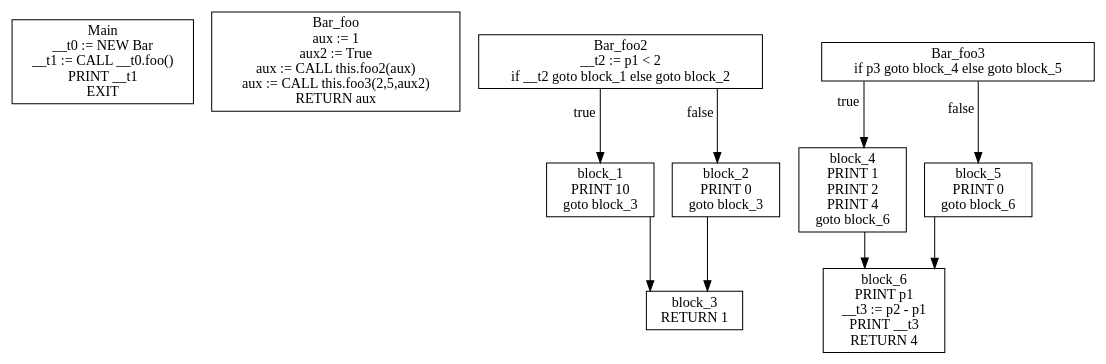
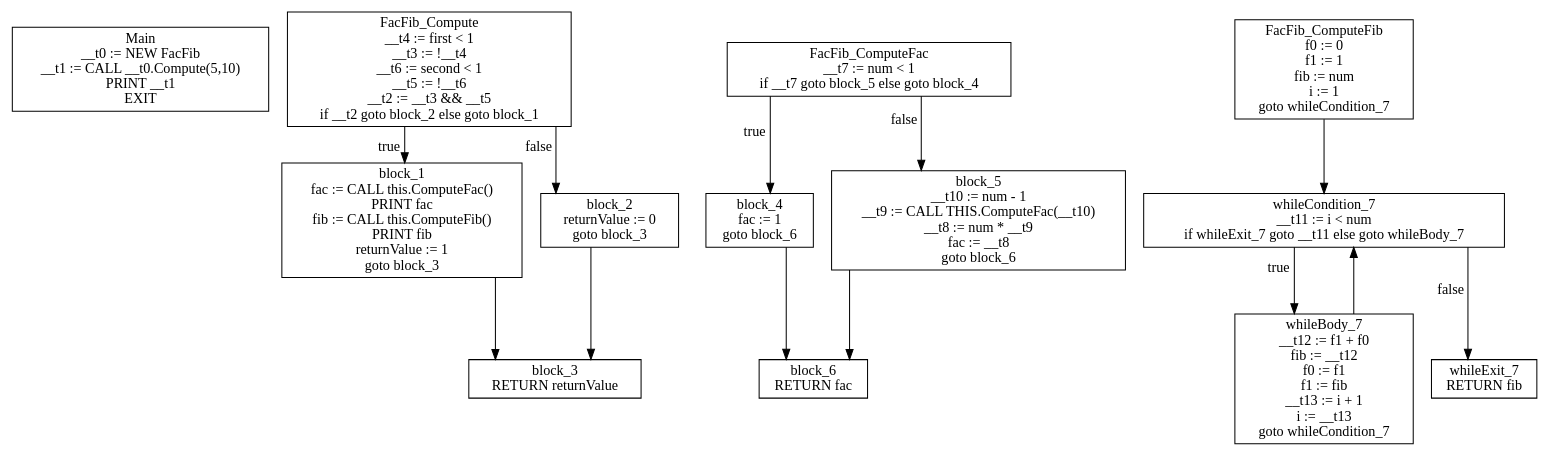
Before and after one commit to KarmaSora/Compiler: the diagram in gettingStarted/cfg.dot, drawn with Graphviz. The commit also changed 7 other files, not shown here.

```diff
--- a/gettingStarted/cfg.dot
+++ b/gettingStarted/cfg.dot
@@ -1,22 +1,29 @@
 digraph CFG {
 graph [splines=ortho];
 node [shape=box];
-Main [label="Main\n__t0 := NEW Bar\n__t1 := CALL __t0.foo()\nPRINT __t1\nEXIT\n"];
-Bar_foo [label="Bar_foo\naux := 1\naux2 := True\naux := CALL this.foo2(aux)\naux := CALL this.foo3(2,5,aux2)\nRETURN aux\n"];
-Bar_foo2 -> block_1 [xlabel="true"];
-Bar_foo2 -> block_2 [xlabel="false"];
-Bar_foo2 [label="Bar_foo2\n__t2 := p1 < 2\nif __t2 goto block_1 else goto block_2\n"];
+Main [label="Main\n__t0 := NEW FacFib\n__t1 := CALL __t0.Compute(5,10)\nPRINT __t1\nEXIT\n"];
+FacFib_Compute -> block_1 [xlabel="true"];
+FacFib_Compute -> block_2 [xlabel="false"];
+FacFib_Compute [label="FacFib_Compute\n__t4 := first < 1\n__t3 := !__t4\n__t6 := second < 1\n__t5 := !__t6\n__t2 := __t3 && __t5\nif __t2 goto block_2 else goto block_1\n"];
 block_1 -> block_3;
-block_1 [label="block_1\nPRINT 10\ngoto block_3\n"];
+block_1 [label="block_1\nfac := CALL this.ComputeFac()\nPRINT fac\nfib := CALL this.ComputeFib()\nPRINT fib\nreturnValue := 1\ngoto block_3\n"];
 block_2 -> block_3;
-block_2 [label="block_2\nPRINT 0\ngoto block_3\n"];
-block_3 [label="block_3\nRETURN 1\n"];
-Bar_foo3 -> block_4 [xlabel="true"];
-Bar_foo3 -> block_5 [xlabel="false"];
-Bar_foo3 [label="Bar_foo3\nif p3 goto block_4 else goto block_5\n"];
+block_2 [label="block_2\nreturnValue := 0\ngoto block_3\n"];
+block_3 [label="block_3\nRETURN returnValue\n"];
+FacFib_ComputeFac -> block_4 [xlabel="true"];
+FacFib_ComputeFac -> block_5 [xlabel="false"];
+FacFib_ComputeFac [label="FacFib_ComputeFac\n__t7 := num < 1\nif __t7 goto block_5 else goto block_4\n"];
 block_4 -> block_6;
-block_4 [label="block_4\nPRINT 1\nPRINT 2\nPRINT 4\ngoto block_6\n"];
+block_4 [label="block_4\nfac := 1\ngoto block_6\n"];
 block_5 -> block_6;
-block_5 [label="block_5\nPRINT 0\ngoto block_6\n"];
-block_6 [label="block_6\nPRINT p1\n__t3 := p2 - p1\nPRINT __t3\nRETURN 4\n"];
+block_5 [label="block_5\n__t10 := num - 1\n__t9 := CALL THIS.ComputeFac(__t10)\n__t8 := num * __t9\nfac := __t8\ngoto block_6\n"];
+block_6 [label="block_6\nRETURN fac\n"];
+FacFib_ComputeFib -> whileCondition_7;
+FacFib_ComputeFib [label="FacFib_ComputeFib\nf0 := 0\nf1 := 1\nfib := num\ni := 1\ngoto whileCondition_7\n"];
+whileCondition_7 -> whileBody_7 [xlabel="true"];
+whileCondition_7 -> whileExit_7 [xlabel="false"];
+whileCondition_7 [label="whileCondition_7\n__t11 := i < num\nif whileExit_7 goto __t11 else goto whileBody_7\n"];
+whileBody_7 -> whileCondition_7;
+whileBody_7 [label="whileBody_7\n__t12 := f1 + f0\nfib := __t12\nf0 := f1\nf1 := fib\n__t13 := i + 1\ni := __t13\ngoto whileCondition_7\n"];
+whileExit_7 [label="whileExit_7\nRETURN fib\n"];
 }
```
